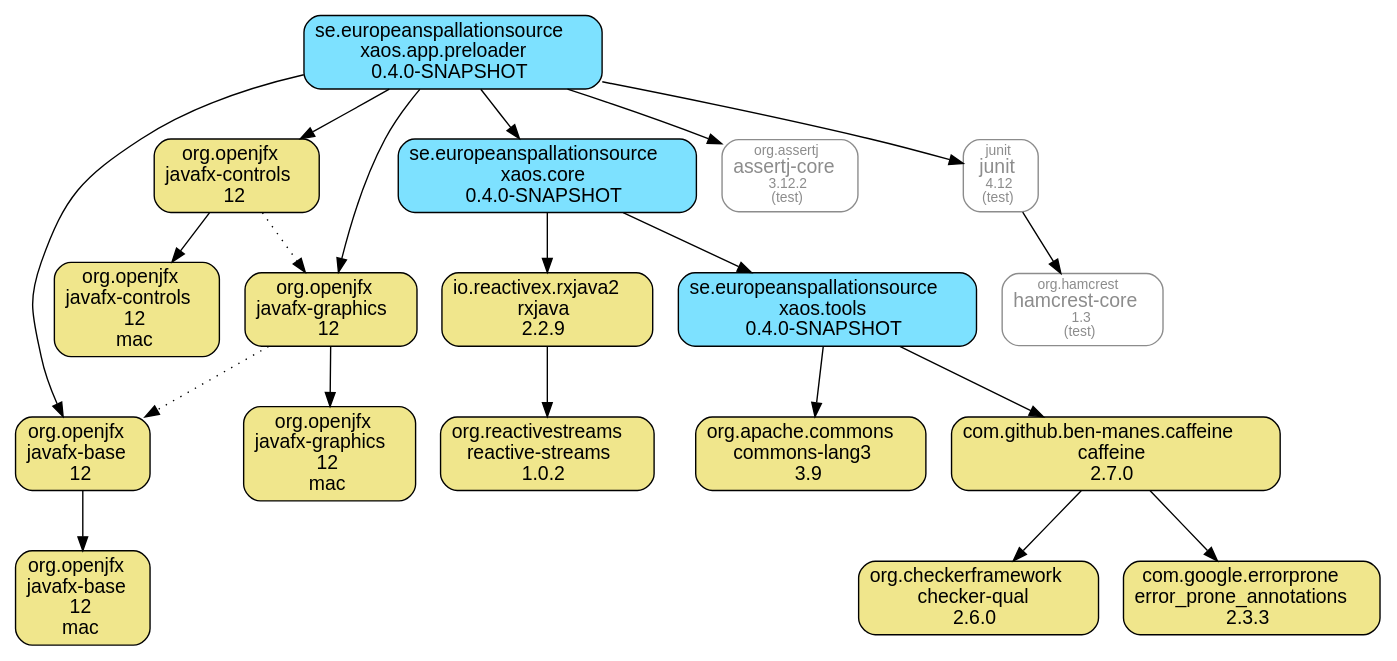
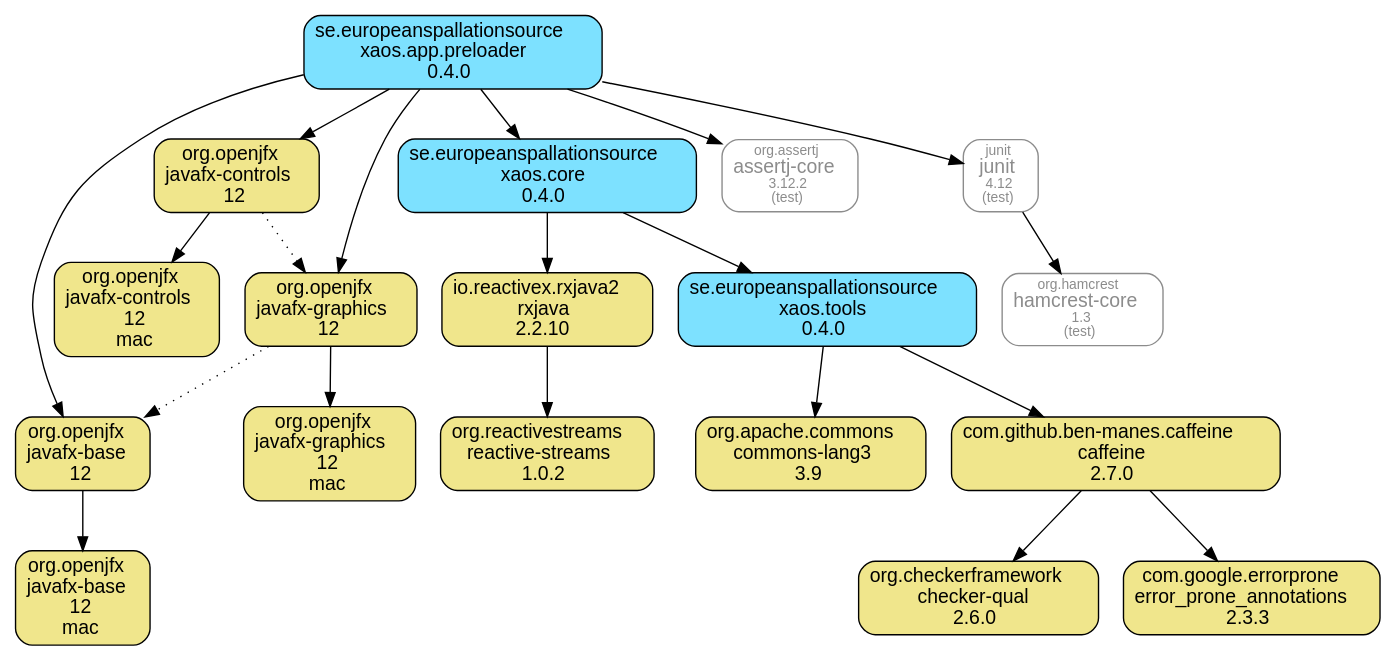
The diagram in xaos.app.preloader.module/doc/maven-dependencies.dot (ESSICS/XAOS), drawn with Graphviz before and after one commit. The commit also changed 35 other files, not shown here.

```diff
--- a/xaos.app.preloader.module/doc/maven-dependencies.dot
+++ b/xaos.app.preloader.module/doc/maven-dependencies.dot
@@ -1,45 +1,45 @@
 digraph "xaos.app.preloader" {
   node [shape="box",style="rounded",fontname="Helvetica",fontsize="14"]
   edge [fontsize="10",fontname="Helvetica"]
 
   // Node Definitions:
   "org.openjfx:javafx-base:jar"[shape="box",style="rounded, filled",fillcolor="khaki",label=<org.openjfx<br/>javafx-base<br/>12>]
   "org.openjfx:javafx-base:jar:mac"[shape="box",style="rounded, filled",fillcolor="khaki",label=<org.openjfx<br/>javafx-base<br/>12<br/>mac>]
-  "se.europeanspallationsource:xaos.app.preloader:jar"[shape="box",style="rounded, filled",fillcolor="#7DE1FF",label=<se.europeanspallationsource<br/>xaos.app.preloader<br/>0.4.0-SNAPSHOT>]
+  "se.europeanspallationsource:xaos.app.preloader:jar"[shape="box",style="rounded, filled",fillcolor="#7DE1FF",label=<se.europeanspallationsource<br/>xaos.app.preloader<br/>0.4.0>]
   "org.openjfx:javafx-controls:jar"[shape="box",style="rounded, filled",fillcolor="khaki",label=<org.openjfx<br/>javafx-controls<br/>12>]
   "org.openjfx:javafx-controls:jar:mac"[shape="box",style="rounded, filled",fillcolor="khaki",label=<org.openjfx<br/>javafx-controls<br/>12<br/>mac>]
   "org.openjfx:javafx-graphics:jar"[shape="box",style="rounded, filled",fillcolor="khaki",label=<org.openjfx<br/>javafx-graphics<br/>12>]
   "org.openjfx:javafx-graphics:jar:mac"[shape="box",style="rounded, filled",fillcolor="khaki",label=<org.openjfx<br/>javafx-graphics<br/>12<br/>mac>]
-  "io.reactivex.rxjava2:rxjava:jar"[shape="box",style="rounded, filled",fillcolor="khaki",label=<io.reactivex.rxjava2<br/>rxjava<br/>2.2.9>]
+  "io.reactivex.rxjava2:rxjava:jar"[shape="box",style="rounded, filled",fillcolor="khaki",label=<io.reactivex.rxjava2<br/>rxjava<br/>2.2.10>]
   "org.reactivestreams:reactive-streams:jar"[shape="box",style="rounded, filled",fillcolor="khaki",label=<org.reactivestreams<br/>reactive-streams<br/>1.0.2>]
-  "se.europeanspallationsource:xaos.core:jar"[shape="box",style="rounded, filled",fillcolor="#7DE1FF",label=<se.europeanspallationsource<br/>xaos.core<br/>0.4.0-SNAPSHOT>]
-  "se.europeanspallationsource:xaos.tools:jar"[shape="box",style="rounded, filled",fillcolor="#7DE1FF",label=<se.europeanspallationsource<br/>xaos.tools<br/>0.4.0-SNAPSHOT>]
+  "se.europeanspallationsource:xaos.core:jar"[shape="box",style="rounded, filled",fillcolor="#7DE1FF",label=<se.europeanspallationsource<br/>xaos.core<br/>0.4.0>]
+  "se.europeanspallationsource:xaos.tools:jar"[shape="box",style="rounded, filled",fillcolor="#7DE1FF",label=<se.europeanspallationsource<br/>xaos.tools<br/>0.4.0>]
   "org.apache.commons:commons-lang3:jar"[shape="box",style="rounded, filled",fillcolor="khaki",label=<org.apache.commons<br/>commons-lang3<br/>3.9>]
   "com.github.ben-manes.caffeine:caffeine:jar"[shape="box",style="rounded, filled",fillcolor="khaki",label=<com.github.ben-manes.caffeine<br/>caffeine<br/>2.7.0>]
   "org.checkerframework:checker-qual:jar"[shape="box",style="rounded, filled",fillcolor="khaki",label=<org.checkerframework<br/>checker-qual<br/>2.6.0>]
   "com.google.errorprone:error_prone_annotations:jar"[shape="box",style="rounded, filled",fillcolor="khaki",label=<com.google.errorprone<br/>error_prone_annotations<br/>2.3.3>]
   "org.assertj:assertj-core:jar"[shape="box",style="rounded",color="grey55",fontname="Helvetica",fontsize="14",fontcolor="grey55",label=<<font color="grey55" point-size="10">org.assertj</font><br/>assertj-core<font color="grey55" point-size="10"><br/>3.12.2</font><font color="grey55" point-size="10"><br/>(test)</font>>]
   "junit:junit:jar"[shape="box",style="rounded",color="grey55",fontname="Helvetica",fontsize="14",fontcolor="grey55",label=<<font color="grey55" point-size="10">junit</font><br/>junit<font color="grey55" point-size="10"><br/>4.12</font><font color="grey55" point-size="10"><br/>(test)</font>>]
   "org.hamcrest:hamcrest-core:jar"[shape="box",style="rounded",color="grey55",fontname="Helvetica",fontsize="14",fontcolor="grey55",label=<<font color="grey55" point-size="10">org.hamcrest</font><br/>hamcrest-core<font color="grey55" point-size="10"><br/>1.3</font><font color="grey55" point-size="10"><br/>(test)</font>>]
 
   // Edge Definitions:
   "org.openjfx:javafx-base:jar" -> "org.openjfx:javafx-base:jar:mac"
   "se.europeanspallationsource:xaos.app.preloader:jar" -> "org.openjfx:javafx-base:jar"
   "org.openjfx:javafx-controls:jar" -> "org.openjfx:javafx-controls:jar:mac"
   "org.openjfx:javafx-controls:jar" -> "org.openjfx:javafx-graphics:jar"[style="dotted"]
   "se.europeanspallationsource:xaos.app.preloader:jar" -> "org.openjfx:javafx-controls:jar"
   "org.openjfx:javafx-graphics:jar" -> "org.openjfx:javafx-graphics:jar:mac"
   "org.openjfx:javafx-graphics:jar" -> "org.openjfx:javafx-base:jar"[style="dotted"]
   "se.europeanspallationsource:xaos.app.preloader:jar" -> "org.openjfx:javafx-graphics:jar"
   "io.reactivex.rxjava2:rxjava:jar" -> "org.reactivestreams:reactive-streams:jar"
   "se.europeanspallationsource:xaos.core:jar" -> "io.reactivex.rxjava2:rxjava:jar"
   "se.europeanspallationsource:xaos.tools:jar" -> "org.apache.commons:commons-lang3:jar"
   "com.github.ben-manes.caffeine:caffeine:jar" -> "org.checkerframework:checker-qual:jar"
   "com.github.ben-manes.caffeine:caffeine:jar" -> "com.google.errorprone:error_prone_annotations:jar"
   "se.europeanspallationsource:xaos.tools:jar" -> "com.github.ben-manes.caffeine:caffeine:jar"
   "se.europeanspallationsource:xaos.core:jar" -> "se.europeanspallationsource:xaos.tools:jar"
   "se.europeanspallationsource:xaos.app.preloader:jar" -> "se.europeanspallationsource:xaos.core:jar"
   "se.europeanspallationsource:xaos.app.preloader:jar" -> "org.assertj:assertj-core:jar"
   "junit:junit:jar" -> "org.hamcrest:hamcrest-core:jar"
   "se.europeanspallationsource:xaos.app.preloader:jar" -> "junit:junit:jar"
 }
```
